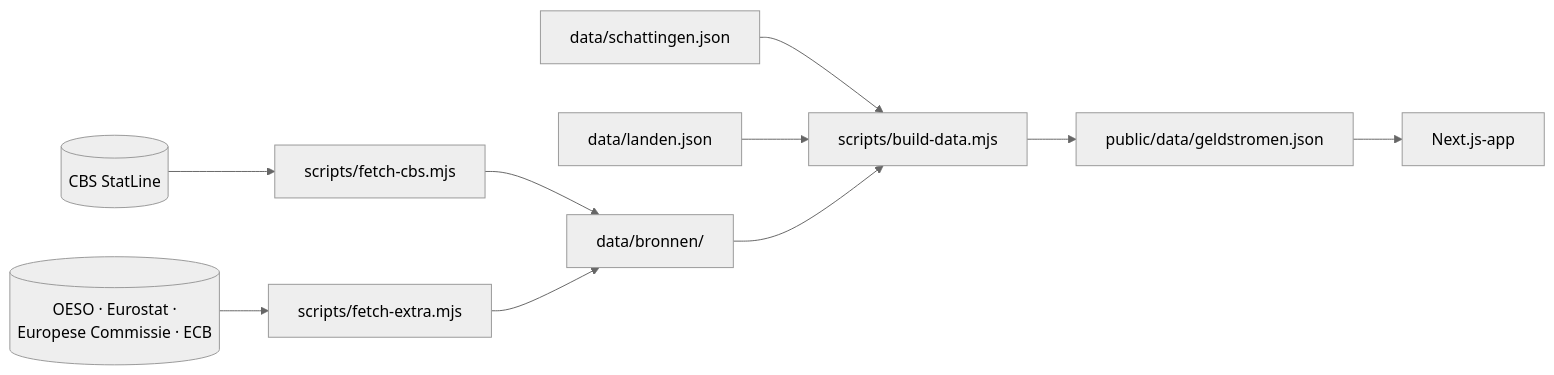
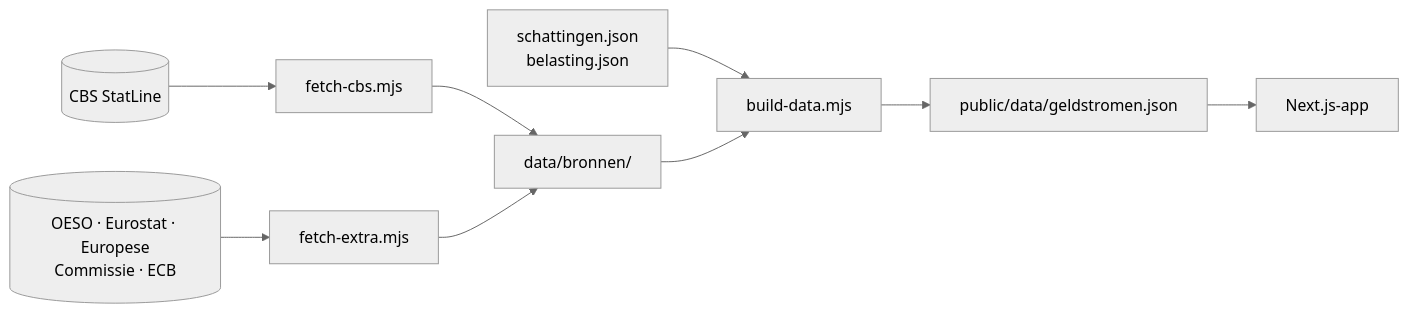
Before and after one commit to ProAdmin007/nederlandse-geldstromen: the diagram in README.md, drawn with Mermaid (neutral theme). The commit also changed other lines of this file and 15 other files, not shown here.

````diff
--- a/README.md
+++ b/README.md
@@ -78,12 +119,11 @@
 ```mermaid
 flowchart LR
-  CBS[(CBS StatLine)] --> F1[scripts/fetch-cbs.mjs]
-  OTHER[(OESO · Eurostat ·<br/>Europese Commissie · ECB)] --> F2[scripts/fetch-extra.mjs]
+  CBS[(CBS StatLine)] --> F1[fetch-cbs.mjs]
+  OTHER[(OESO · Eurostat · Europese<br/>Commissie · ECB)] --> F2[fetch-extra.mjs]
   F1 --> RAW[data/bronnen/]
   F2 --> RAW
-  EST[data/schattingen.json] --> BUILD
-  MAP[data/landen.json] --> BUILD
-  RAW --> BUILD[scripts/build-data.mjs]
+  EST[schattingen.json<br/>belasting.json] --> BUILD
+  RAW --> BUILD[build-data.mjs]
   BUILD --> JSON[public/data/geldstromen.json]
   JSON --> APP[Next.js-app]
 ```
````
